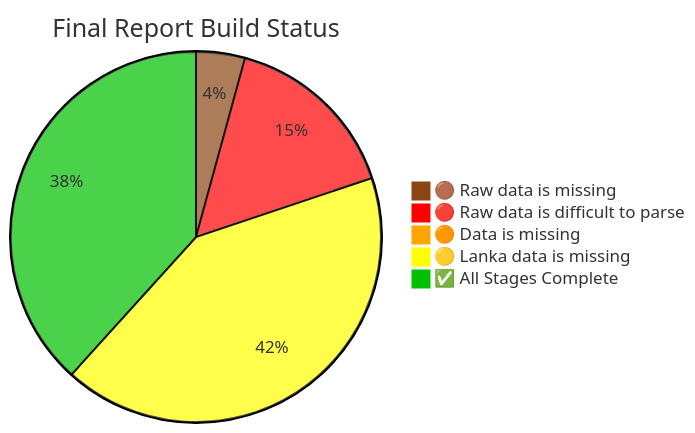
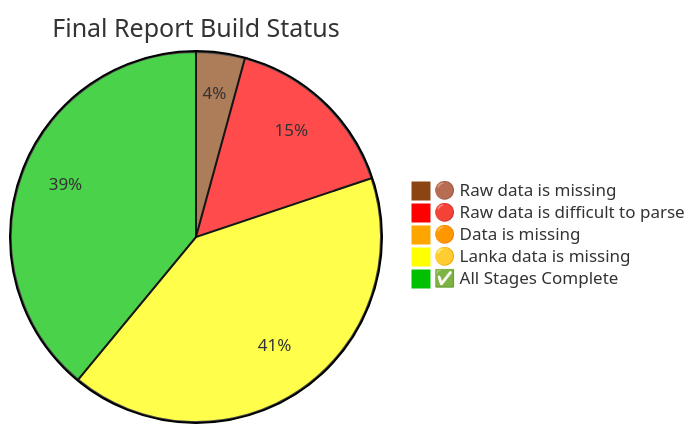
Before and after one commit to nuuuwan/lk_census_2024: the diagram in README.md, drawn with Mermaid. The commit also changed other lines of this file and 3 other files, not shown here.

````diff
--- a/README.md
+++ b/README.md
@@ -220,9 +220,9 @@
 ```mermaid
 %%{init: {"theme": "base", "themeVariables": {"pie1": "#8B4513", "pie2": "#FF0000", "pie3": "#FFA500", "pie4": "#FFFF00", "pie5": "#00c000"}}}%%
 pie title Final Report Build Status
 "🟤 Raw data is missing" : 6
     "🔴 Raw data is difficult to parse" : 22
     "🟠 Data is missing" : 1
-    "🟡 Lanka data is missing" : 59
-    "✅ All Stages Complete" : 54
+    "🟡 Lanka data is missing" : 58
+    "✅ All Stages Complete" : 55
 ```
````
